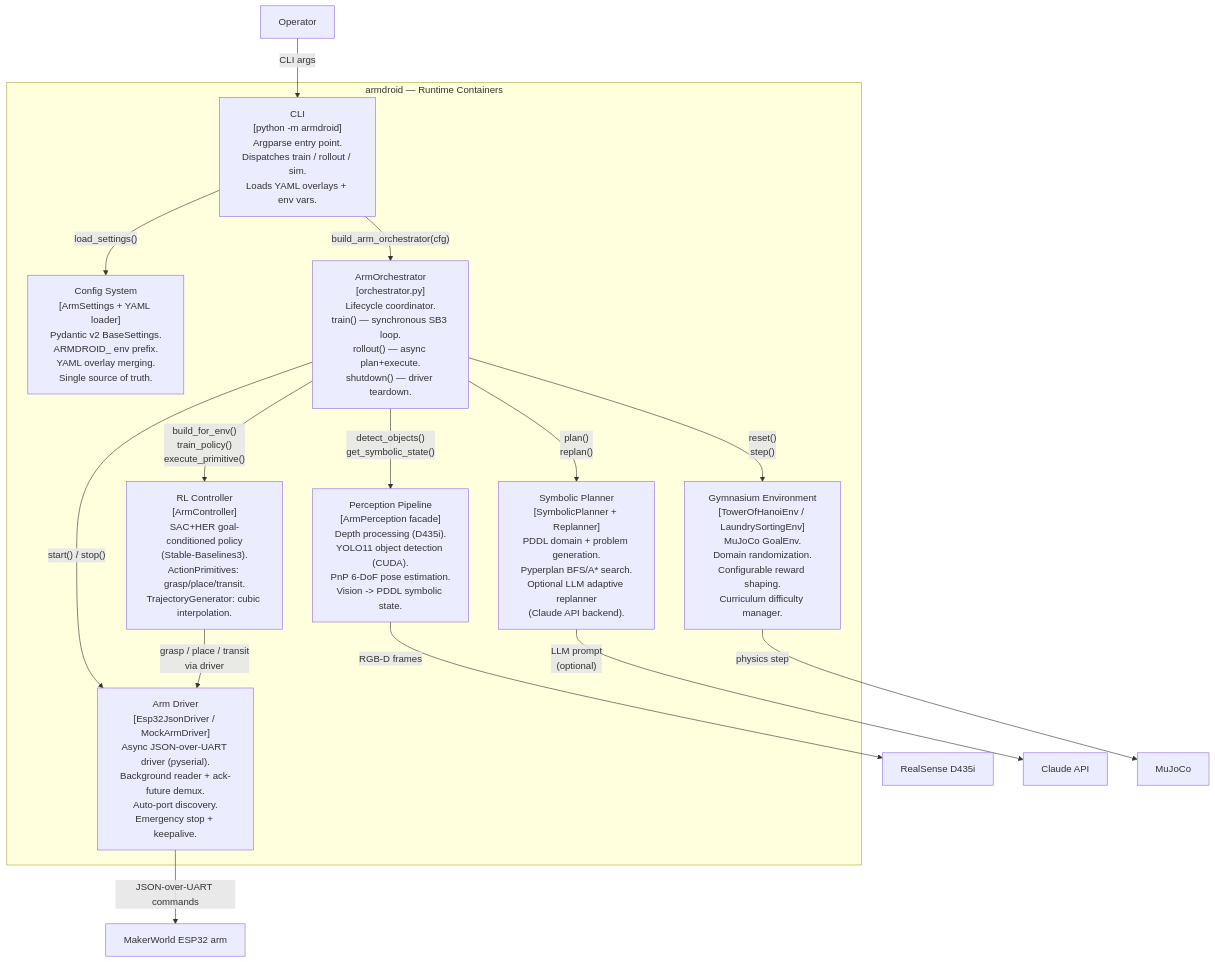
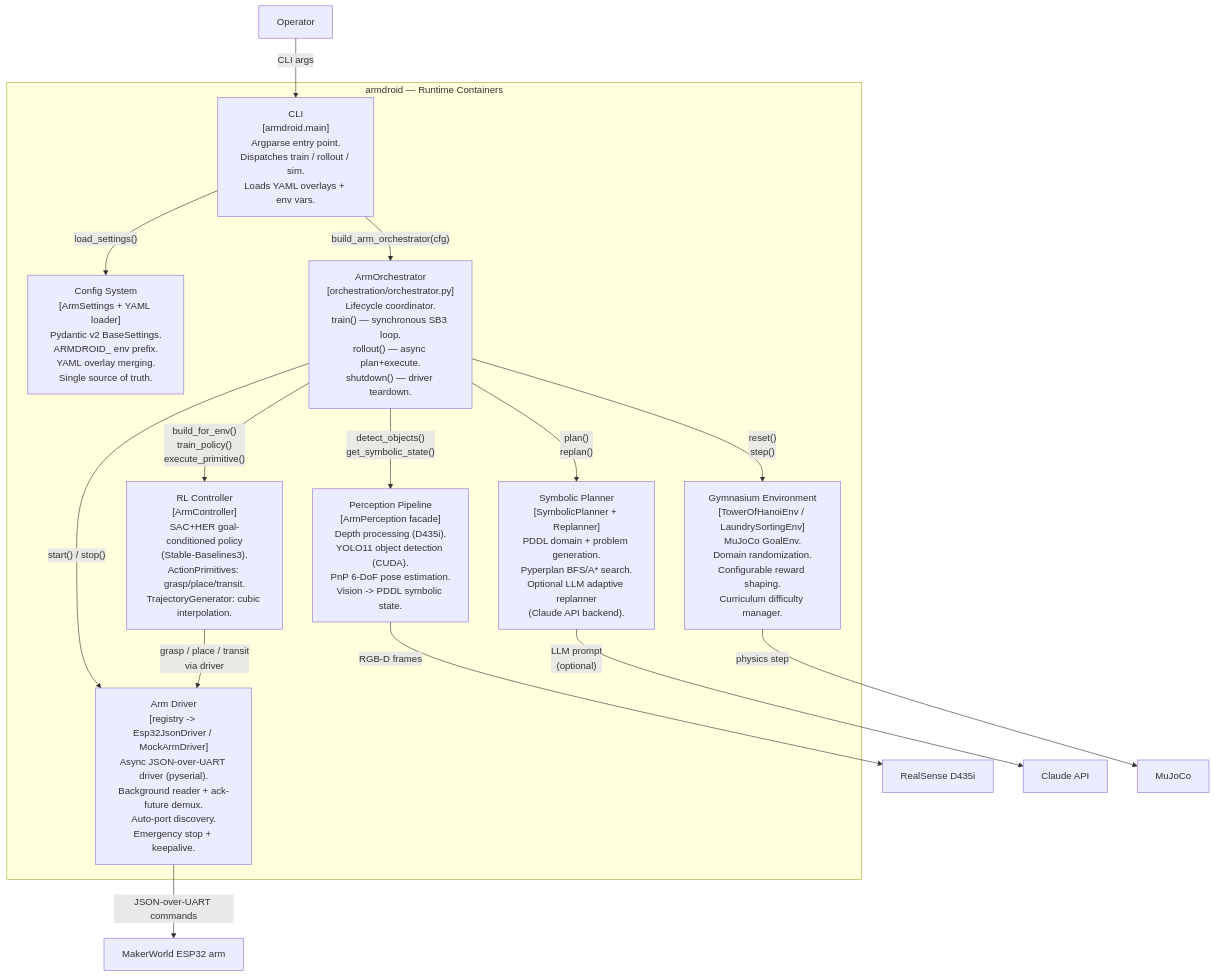
The second of 4 diagrams in docs/architecture/C4.md (ianshank/Arm_Droid), drawn with Mermaid before and after one commit. The commit also changed other lines of this file and 4 other files, not shown here.

````diff
--- a/docs/architecture/C4.md
+++ b/docs/architecture/C4.md
@@ -41,40 +44,40 @@
 ```mermaid
 graph TD
     subgraph armdroid ["armdroid — Runtime Containers"]
-        cli["CLI\n[python -m armdroid]\nArgparse entry point.\nDispatches train / rollout / sim.\nLoads YAML overlays + env vars."]
+        cli["CLI\n[armdroid.main]\nArgparse entry point.\nDispatches train / rollout / sim.\nLoads YAML overlays + env vars."]
 
         cfg["Config System\n[ArmSettings + YAML loader]\nPydantic v2 BaseSettings.\nARMDROID_ env prefix.\nYAML overlay merging.\nSingle source of truth."]
 
-        orch["ArmOrchestrator\n[orchestrator.py]\nLifecycle coordinator.\ntrain() — synchronous SB3 loop.\nrollout() — async plan+execute.\nshutdown() — driver teardown."]
+        orch["ArmOrchestrator\n[orchestration/orchestrator.py]\nLifecycle coordinator.\ntrain() — synchronous SB3 loop.\nrollout() — async plan+execute.\nshutdown() — driver teardown."]
 
         perception["Perception Pipeline\n[ArmPerception facade]\nDepth processing (D435i).\nYOLO11 object detection (CUDA).\nPnP 6-DoF pose estimation.\nVision -> PDDL symbolic state."]
 
         planner["Symbolic Planner\n[SymbolicPlanner + Replanner]\nPDDL domain + problem generation.\nPyperplan BFS/A* search.\nOptional LLM adaptive replanner\n(Claude API backend)."]
 
         controller["RL Controller\n[ArmController]\nSAC+HER goal-conditioned policy\n(Stable-Baselines3).\nActionPrimitives: grasp/place/transit.\nTrajectoryGenerator: cubic interpolation."]
 
         env["Gymnasium Environment\n[TowerOfHanoiEnv / LaundrySortingEnv]\nMuJoCo GoalEnv.\nDomain randomization.\nConfigurable reward shaping.\nCurriculum difficulty manager."]
 
-        driver["Arm Driver\n[Esp32JsonDriver / MockArmDriver]\nAsync JSON-over-UART driver (pyserial).\nBackground reader + ack-future demux.\nAuto-port discovery.\nEmergency stop + keepalive."]
+        driver["Arm Driver\n[registry -> Esp32JsonDriver / MockArmDriver]\nAsync JSON-over-UART driver (pyserial).\nBackground reader + ack-future demux.\nAuto-port discovery.\nEmergency stop + keepalive."]
     end
 
     user["Operator"]
     hw["MakerWorld ESP32 arm"]
     cam["RealSense D435i"]
     llm["Claude API"]
     sim["MuJoCo"]
 
     user -->|"CLI args"| cli
     cli -->|"load_settings()"| cfg
     cli -->|"build_arm_orchestrator(cfg)"| orch
     orch -->|"detect_objects()\nget_symbolic_state()"| perception
     orch -->|"plan()\nreplan()"| planner
     orch -->|"build_for_env()\ntrain_policy()\nexecute_primitive()"| controller
     orch -->|"reset()\nstep()"| env
     orch -->|"start() / stop()"| driver
     controller -->|"grasp / place / transit\nvia driver"| driver
     planner -->|"LLM prompt\n(optional)"| llm
     perception -->|"RGB-D frames"| cam
     driver -->|"JSON-over-UART commands"| hw
     env -->|"physics step"| sim
 ```
````
